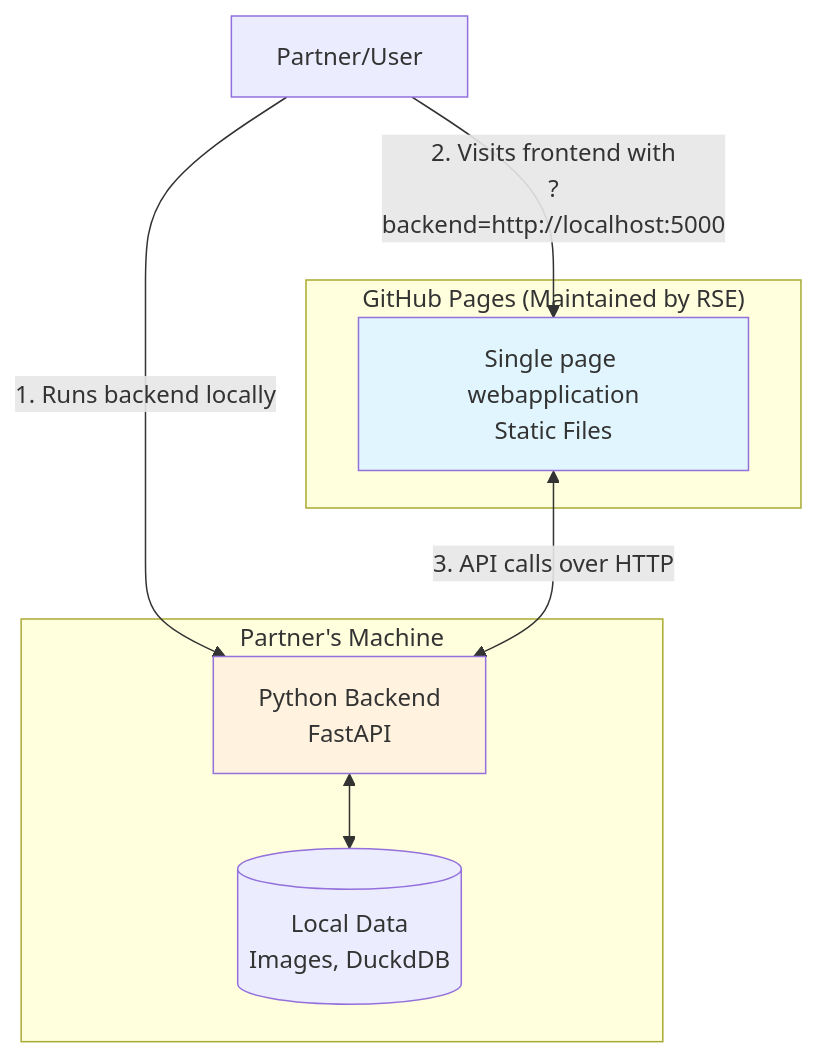
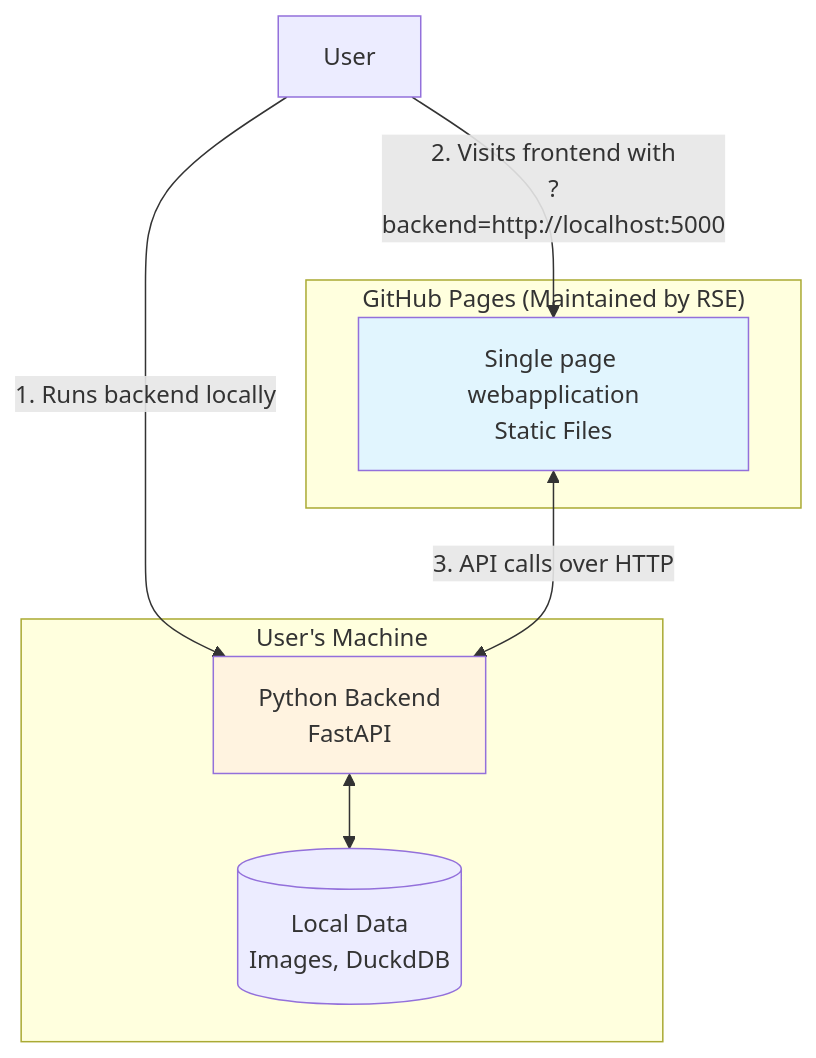
The first of 2 diagrams in blog/README.md (sverhoeven/byob-todo-frontend), drawn with Mermaid before and after one commit. The commit also changed other lines of this file and 1 other file, not shown here.

````diff
--- a/blog/README.md
+++ b/blog/README.md
@@ -31,19 +31,19 @@
 ```mermaid
 graph TB
     subgraph "GitHub Pages (Maintained by RSE)"
         FE[Single page webapplication<br/>Static Files]
     end
     
-    subgraph "Partner's Machine"
+    subgraph "User's Machine"
         BE[Python Backend<br/>FastAPI]
         DATA[(Local Data<br/>Images, DuckdDB)]
     end
     
-    USER[Partner/User] -->|"1. Runs backend locally"| BE
+    USER[User] -->|"1. Runs backend locally"| BE
     USER -->|"2. Visits frontend with<br/>?backend=http://localhost:5000"| FE
     FE <-->|"3. API calls over HTTP"| BE
     BE <--> DATA
     
     style FE fill:#e1f5fe
     style BE fill:#fff3e0
 ```
````
